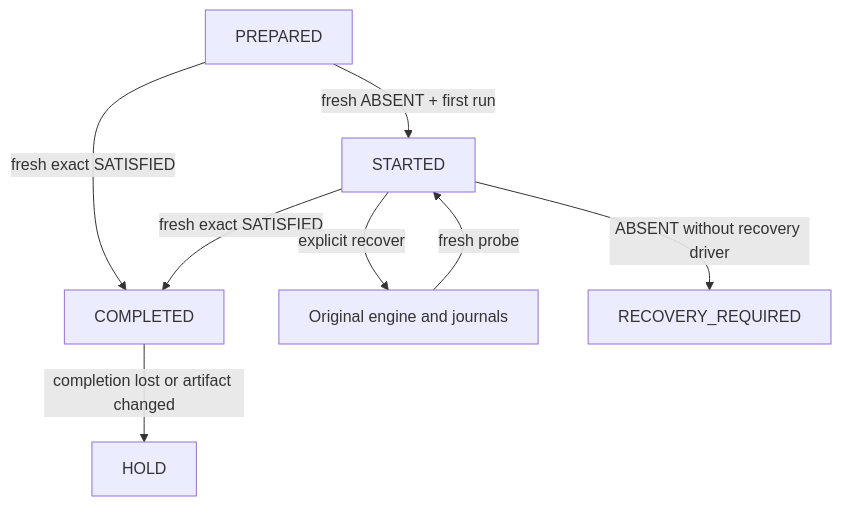
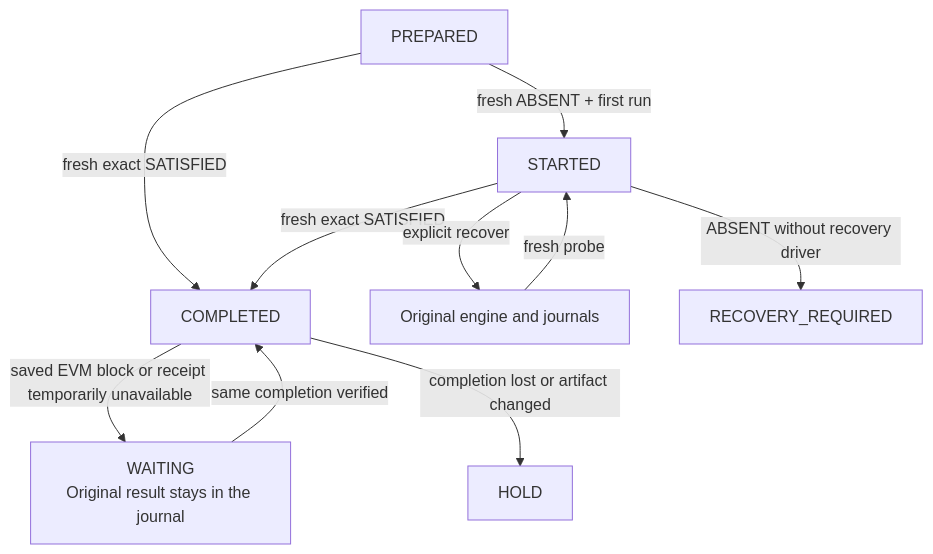
The first of 5 diagrams in docs/ZKSPV_CONTOUR.md (SergeyBelets/SatFiSetup), drawn with Mermaid before and after one commit. The commit also changed other lines of this file and 3468 other files, not shown here.

````diff
--- a/docs/ZKSPV_CONTOUR.md
+++ b/docs/ZKSPV_CONTOUR.md
@@ -60,12 +62,14 @@
 ```mermaid
 flowchart TD
   accTitle: Contour execution and recovery
   accDescr: Source-backed control flow; historical receipts do not grant new authority or production acceptance.
   PREPARED -->|fresh ABSENT + first run| STARTED
   PREPARED -->|fresh exact SATISFIED| COMPLETED
   STARTED -->|fresh exact SATISFIED| COMPLETED
   STARTED -->|explicit recover| RECOVER["Original engine and journals"]
   RECOVER -->|fresh probe| STARTED
   STARTED -->|ABSENT without recovery driver| RECOVERY_REQUIRED
+  COMPLETED -->|saved EVM block or receipt temporarily unavailable| WAIT["WAITING<br/>Original result stays in the journal"]
+  WAIT -->|same completion verified| COMPLETED
   COMPLETED -->|completion lost or artifact changed| HOLD
 ```
````
